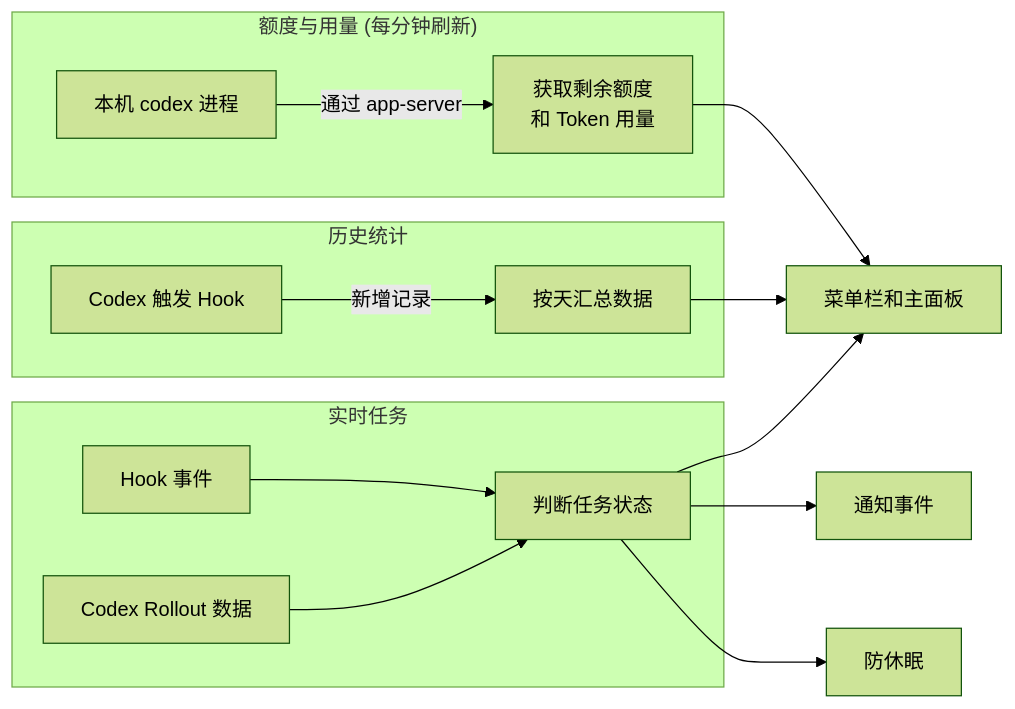
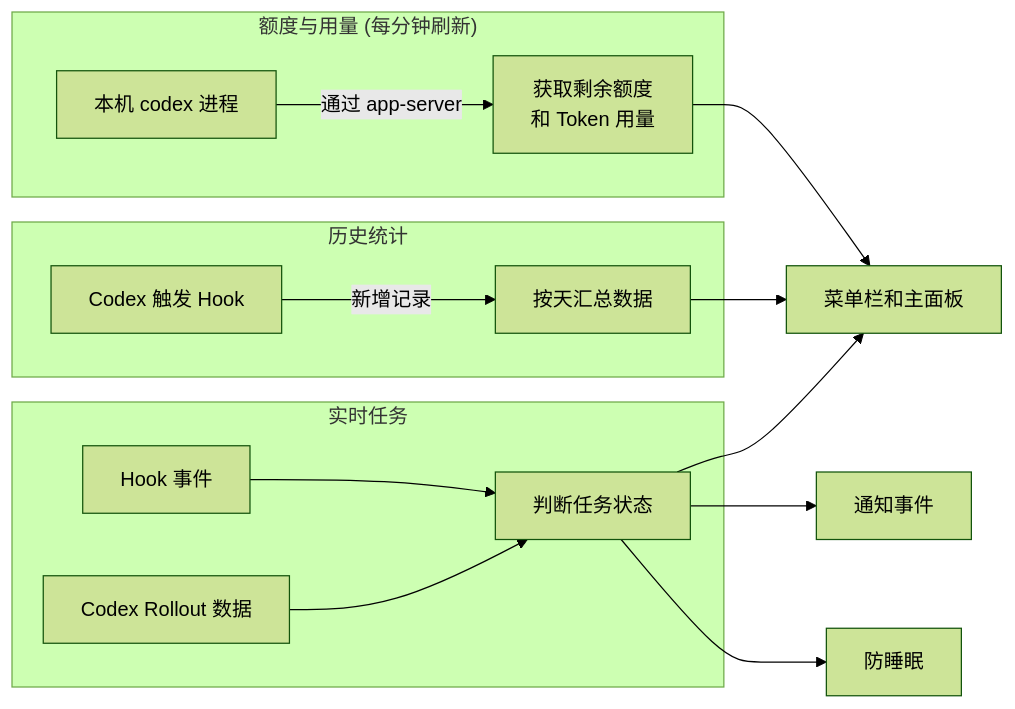
Before and after one commit to bob-zebedy/CodexBar: the diagram in README.md, drawn with Mermaid (forest theme). The commit also changed other lines of this file and 21 other files, not shown here.

````diff
--- a/README.md
+++ b/README.md
@@ -136,21 +138,21 @@
 ```mermaid
 flowchart LR
     subgraph L1["额度与用量 (每分钟刷新)"]
         A1["本机 codex 进程"] -->|"通过 app-server"| A2["获取剩余额度<br/>和 Token 用量"]
     end
 
     subgraph L2["历史统计"]
         B1["Codex 触发 Hook"] -->|"新增记录"| B2["按天汇总数据"]
     end
 
     subgraph L3["实时任务"]
         C1["Hook 事件"] --> C3["判断任务状态"]
         C2["Codex Rollout 数据"] --> C3
     end
 
     A2 --> UI["菜单栏和主面板"]
     B2 --> UI
     C3 --> UI
     C3 --> N["通知事件"]
-    C3 --> K["防休眠"]
+    C3 --> K["防睡眠"]
 ```
````
